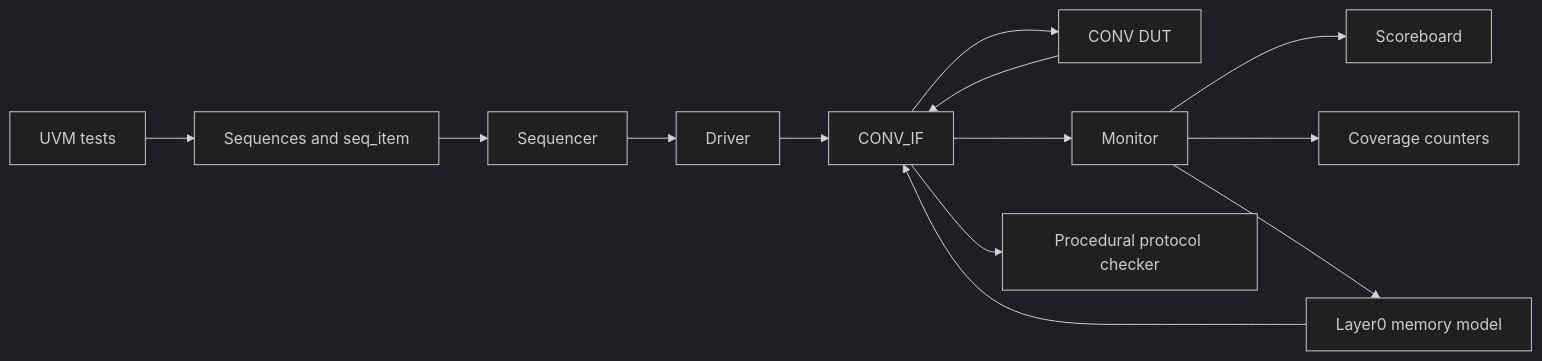
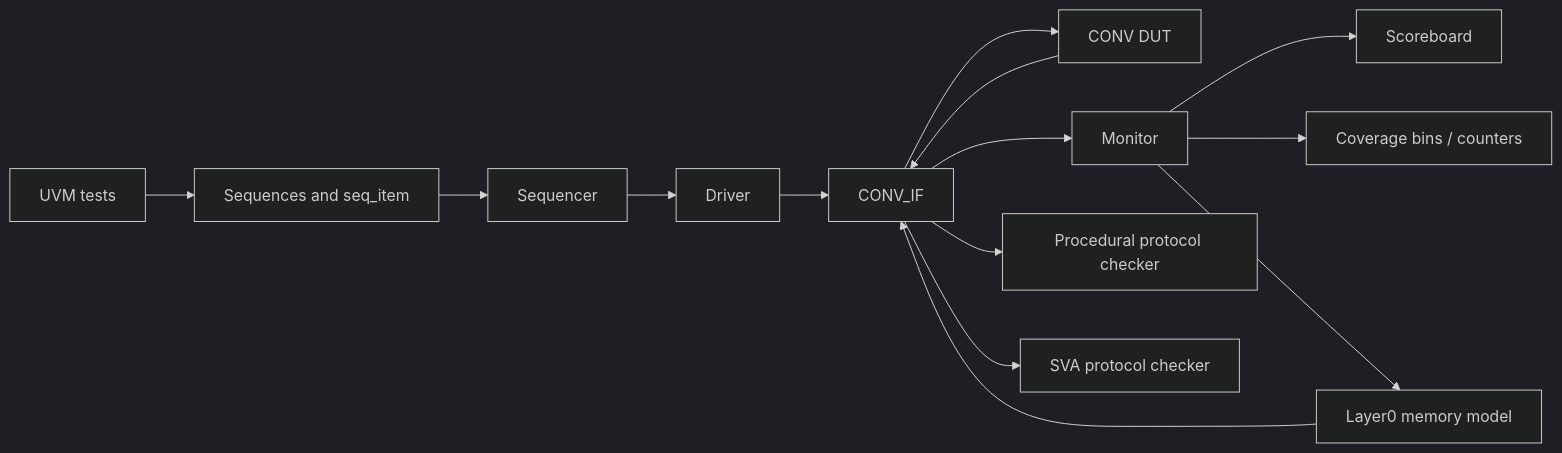
Before and after one commit to 96gen/conv_uvm_test: the diagram in README.md, drawn with Mermaid (dark theme). The commit also changed other lines of this file and 5 other files, not shown here.

````diff
--- a/README.md
+++ b/README.md
@@ -23,17 +26,18 @@
 ```mermaid
 flowchart LR
     TEST["UVM tests"] --> SEQ["Sequences and seq_item"]
     SEQ --> SEQR["Sequencer"]
     SEQR --> DRV["Driver"]
     DRV --> IF["CONV_IF"]
     IF --> DUT["CONV DUT"]
 
     DUT --> IF
     IF --> MON["Monitor"]
     MON --> SB["Scoreboard"]
-    MON --> COV["Coverage counters"]
+    MON --> COV["Coverage bins / counters"]
     MON --> MEM["Layer0 memory model"]
     MEM --> IF
 
     IF --> CHECK["Procedural protocol checker"]
+    IF --> SVA["SVA protocol checker"]
 ```
````
